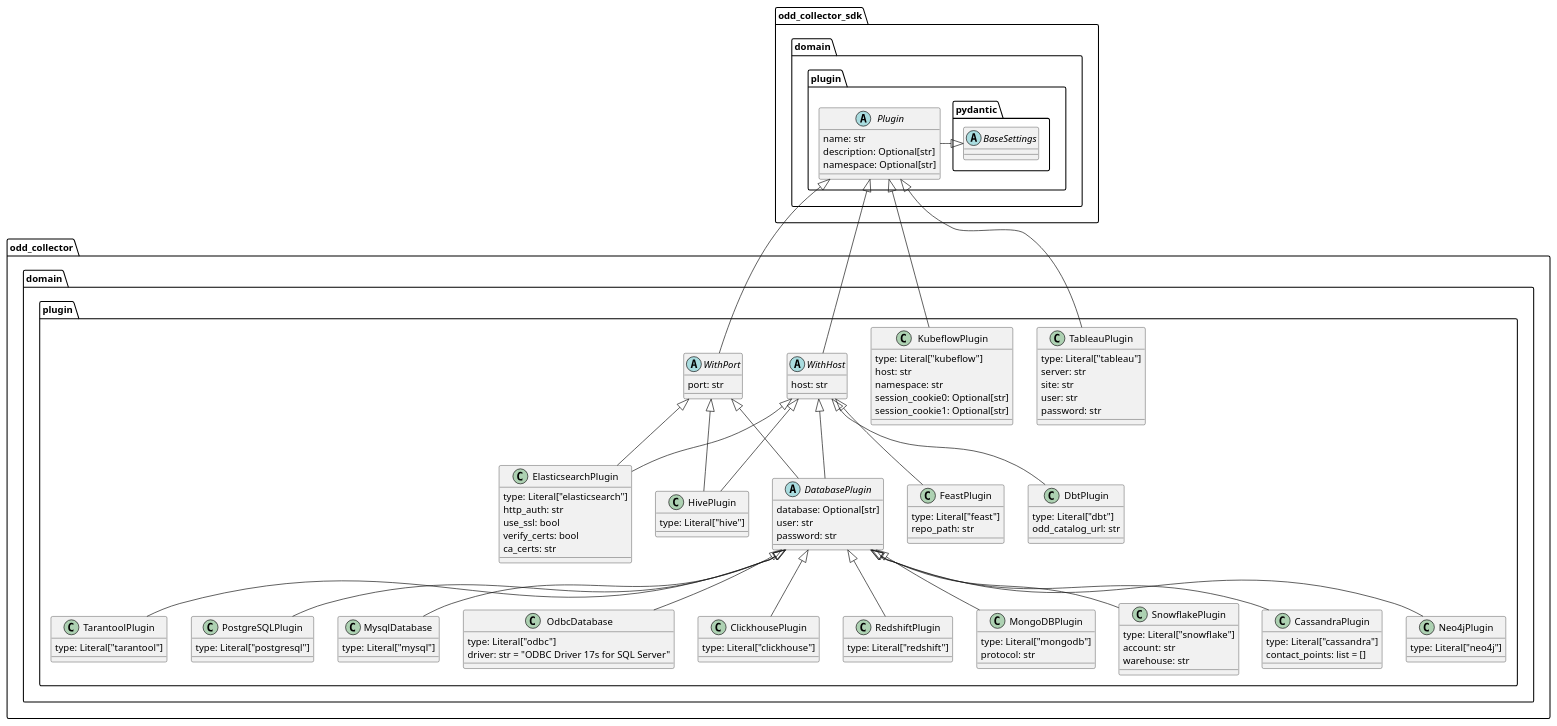
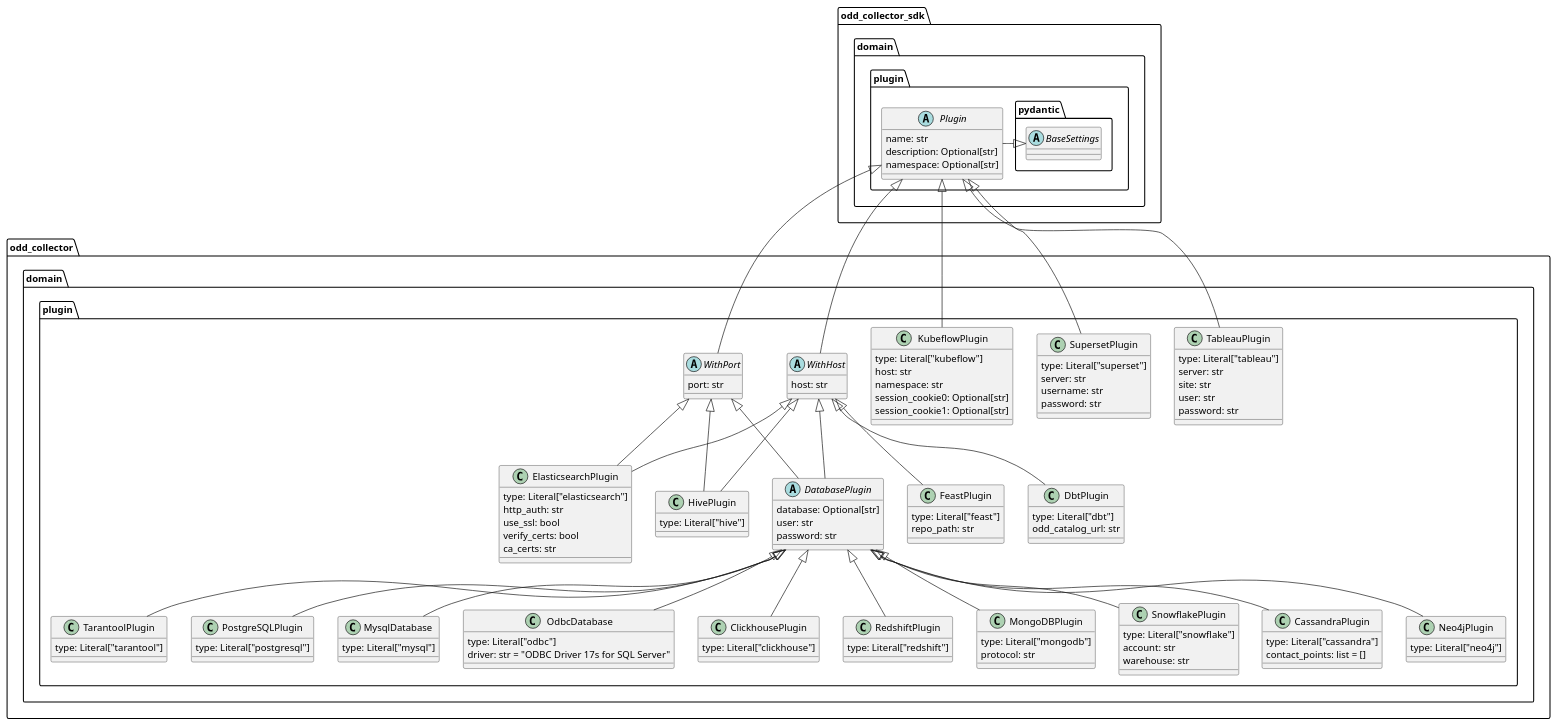
Before and after one commit to opendatadiscovery/odd-collector: the diagram in domain_classes.plantuml, drawn with PlantUML.

Commit message:
plugin described in diagram

```diff
--- a/domain_classes.plantuml
+++ b/domain_classes.plantuml
@@ -1,139 +1,149 @@
 @startuml
 
 namespace odd_collector_sdk.domain.plugin {
 abstract class pydantic.BaseSettings
 pydantic.BaseSettings <|- Plugin
 abstract class Plugin {
 name: str
 description: Optional[str]
 namespace: Optional[str]
 }
 }
 
 namespace odd_collector.domain.plugin {
 
 class TableauPlugin{
 type: Literal["tableau"]
 server: str
 site: str
 user: str
 password: str
 }
 odd_collector_sdk.domain.plugin.Plugin <|-- TableauPlugin
+
+
+class SupersetPlugin{
+type: Literal["superset"]
+server: str
+username: str
+password: str
+}
+odd_collector_sdk.domain.plugin.Plugin <|-- SupersetPlugin
+
 
 class KubeflowPlugin {
 type: Literal["kubeflow"]
 host: str
 namespace: str
 session_cookie0: Optional[str]
 session_cookie1: Optional[str]
 }
 odd_collector_sdk.domain.plugin.Plugin <|-- KubeflowPlugin
 
 abstract class WithHost {
 host: str
 }
 odd_collector_sdk.domain.plugin.Plugin <|-- WithHost
 
 abstract class WithPort {
 port: str
 }
 odd_collector_sdk.domain.plugin.Plugin <|-- WithPort
 
 
 abstract class DatabasePlugin {
 database: Optional[str]
 user: str
 password: str
 }
 WithPort <|-- DatabasePlugin
 WithHost <|-- DatabasePlugin
 
 
 class PostgreSQLPlugin {
 type: Literal["postgresql"]
 }
 DatabasePlugin <|-- PostgreSQLPlugin
 
 class MysqlDatabase {
 type: Literal["mysql"]
 }
 DatabasePlugin <|-- MysqlDatabase
 
 class OdbcDatabase {
 type: Literal["odbc"]
 driver: str = "ODBC Driver 17s for SQL Server"
 }
 DatabasePlugin <|-- OdbcDatabase
 
 class ClickhousePlugin {
 type: Literal["clickhouse"]
 }
 DatabasePlugin <|-- ClickhousePlugin
 
 class RedshiftPlugin {
 type: Literal["redshift"]
 }
 DatabasePlugin <|-- RedshiftPlugin
 
 class MongoDBPlugin{
 type: Literal["mongodb"]
 protocol: str
 }
 DatabasePlugin <|-- MongoDBPlugin
 
 class SnowflakePlugin{
 type: Literal["snowflake"]
 account: str
 warehouse: str
 }
 DatabasePlugin <|-- SnowflakePlugin
 
 class CassandraPlugin{
 type: Literal["cassandra"]
 contact_points: list = []
 }
 DatabasePlugin <|-- CassandraPlugin
 
 class TarantoolPlugin {
 type: Literal["tarantool"]
 }
 DatabasePlugin <|-- TarantoolPlugin
 
 class Neo4jPlugin{
 type: Literal["neo4j"]
 }
 DatabasePlugin <|-- Neo4jPlugin
 
 
 TarantoolPlugin -[hidden]> PostgreSQLPlugin
 
 class ElasticsearchPlugin{
 type: Literal["elasticsearch"]
 http_auth: str
 use_ssl: bool
 verify_certs: bool
 ca_certs: str
 }
 WithHost <|-- ElasticsearchPlugin
 WithPort <|-- ElasticsearchPlugin
 
 class HivePlugin{
 type: Literal["hive"]
 }
 WithHost <|-- HivePlugin
 WithPort <|-- HivePlugin
 
 class FeastPlugin{
 type: Literal["feast"]
 repo_path: str
 }
 WithHost <|-- FeastPlugin
 
 class DbtPlugin{
 type: Literal["dbt"]
 odd_catalog_url: str
 }
 WithHost <|-- DbtPlugin
 }
 @enduml
```
